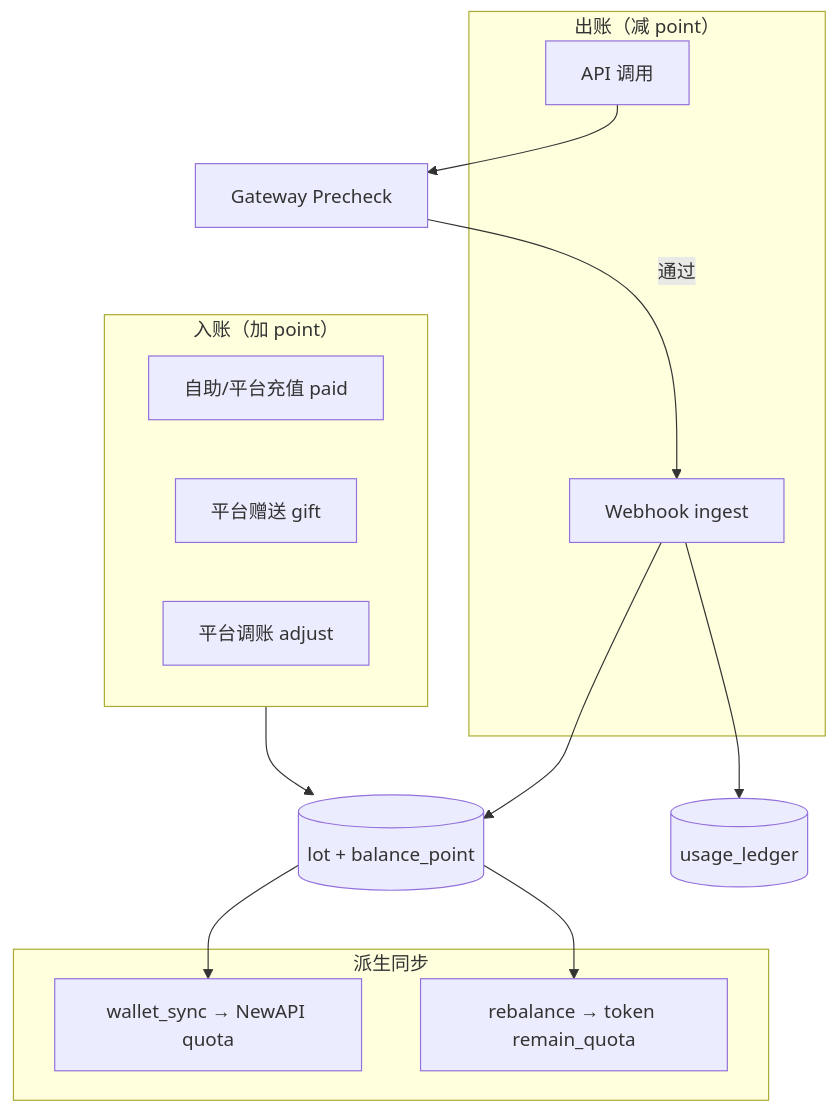
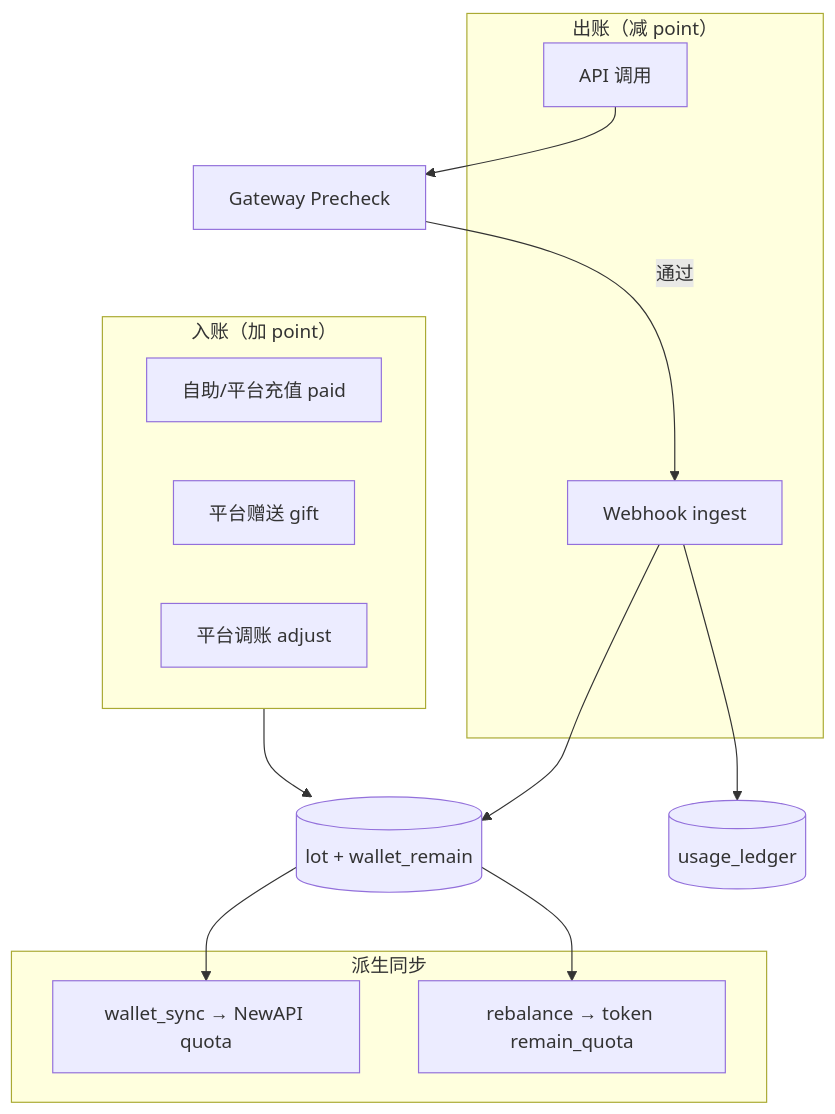
Before and after one commit to quyip8818/mytokenjoy: the third of 7 diagrams in docs/Backend-计费模式.md, drawn with Mermaid. The commit also changed other lines of this file and 12 other files, not shown here.

````diff
--- a/docs/Backend-计费模式.md
+++ b/docs/Backend-计费模式.md
@@ -155,26 +157,26 @@
 ```mermaid
 flowchart TB
     subgraph Credit["入账（加 point）"]
         A1[自助/平台充值 paid]
         A2[平台赠送 gift]
         A3[平台调账 adjust]
     end
 
     subgraph Debit["出账（减 point）"]
         B1[API 调用]
         B2[Webhook ingest]
     end
 
     subgraph Sync["派生同步"]
         C1[wallet_sync → NewAPI quota]
         C2[rebalance → token remain_quota]
     end
 
-    Credit --> LOT[(lot + balance_point)]
+    Credit --> LOT[(lot + wallet_remain)]
     B1 --> GW[Gateway Precheck]
     GW -->|通过| B2
     B2 --> LOT
     B2 --> LED[(usage_ledger)]
     LOT --> C1
     LOT --> C2
 ```
````
